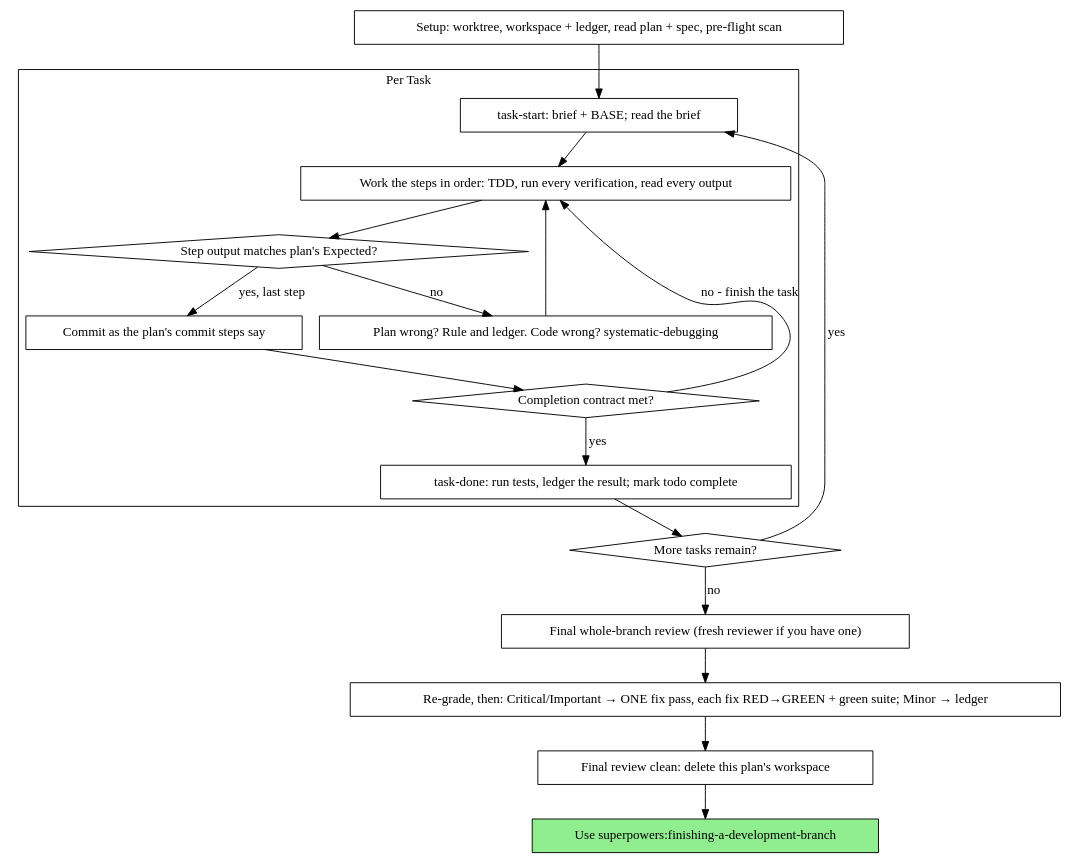
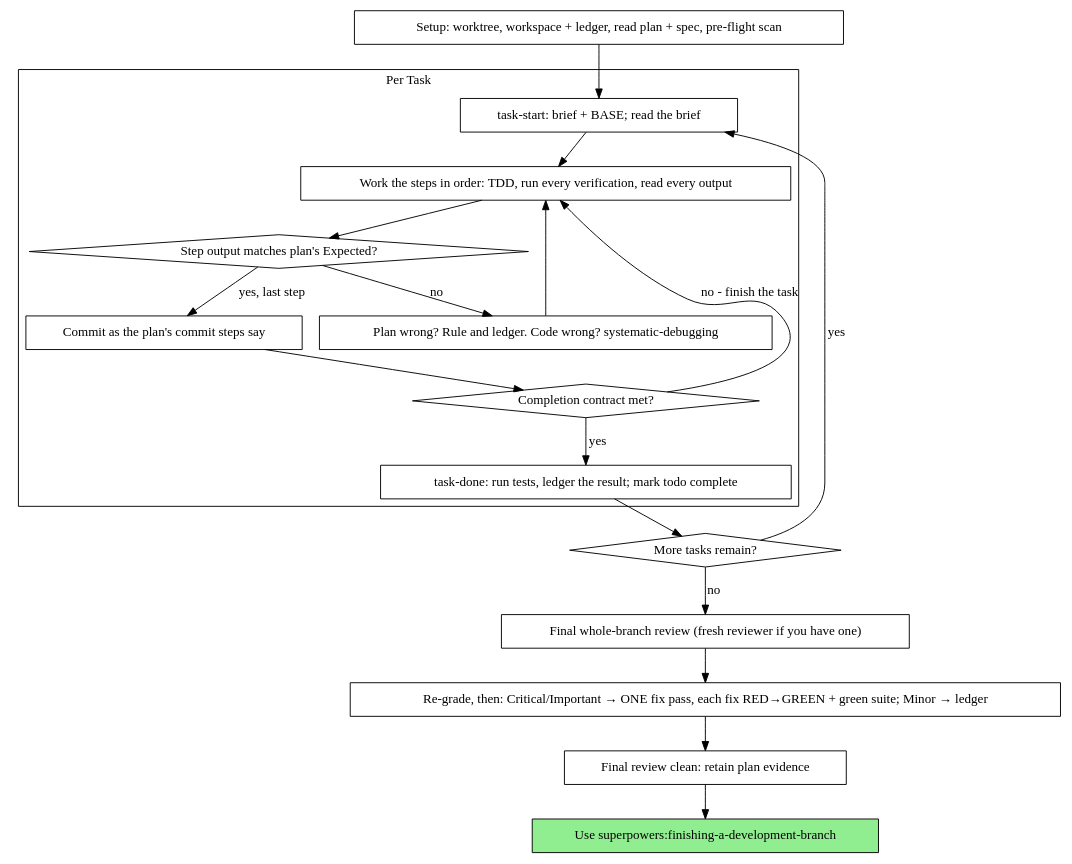
Before and after one commit to pong34811/agent-edite-davinci_resolve: the diagram in .agents/skills/superpowers-executing-plans/SKILL.md, drawn with Graphviz. The commit also changed other lines of this file and 24 other files, not shown here.

````diff
--- a/.agents/skills/superpowers-executing-plans/SKILL.md
+++ b/.agents/skills/superpowers-executing-plans/SKILL.md
@@ -68,39 +68,39 @@
 ```dot
 digraph process {
     rankdir=TB;
 
     subgraph cluster_per_task {
         label="Per Task";
         "task-start: brief + BASE; read the brief" [shape=box];
         "Work the steps in order: TDD, run every verification, read every output" [shape=box];
         "Step output matches plan's Expected?" [shape=diamond];
         "Plan wrong? Rule and ledger. Code wrong? systematic-debugging" [shape=box];
         "Commit as the plan's commit steps say" [shape=box];
         "Completion contract met?" [shape=diamond];
         "task-done: run tests, ledger the result; mark todo complete" [shape=box];
     }
 
     "Setup: worktree, workspace + ledger, read plan + spec, pre-flight scan" [shape=box];
     "More tasks remain?" [shape=diamond];
     "Final whole-branch review (fresh reviewer if you have one)" [shape=box];
     "Re-grade, then: Critical/Important → ONE fix pass, each fix RED→GREEN + green suite; Minor → ledger" [shape=box];
-    "Final review clean: delete this plan's workspace" [shape=box];
+    "Final review clean: retain plan evidence" [shape=box];
     "Use superpowers:finishing-a-development-branch" [shape=box style=filled fillcolor=lightgreen];
 
     "Setup: worktree, workspace + ledger, read plan + spec, pre-flight scan" -> "task-start: brief + BASE; read the brief";
     "task-start: brief + BASE; read the brief" -> "Work the steps in order: TDD, run every verification, read every output";
     "Work the steps in order: TDD, run every verification, read every output" -> "Step output matches plan's Expected?";
     "Step output matches plan's Expected?" -> "Plan wrong? Rule and ledger. Code wrong? systematic-debugging" [label="no"];
     "Plan wrong? Rule and ledger. Code wrong? systematic-debugging" -> "Work the steps in order: TDD, run every verification, read every output";
     "Step output matches plan's Expected?" -> "Commit as the plan's commit steps say" [label="yes, last step"];
     "Commit as the plan's commit steps say" -> "Completion contract met?";
     "Completion contract met?" -> "Work the steps in order: TDD, run every verification, read every output" [label="no - finish the task"];
     "Completion contract met?" -> "task-done: run tests, ledger the result; mark todo complete" [label="yes"];
     "task-done: run tests, ledger the result; mark todo complete" -> "More tasks remain?";
     "More tasks remain?" -> "task-start: brief + BASE; read the brief" [label="yes"];
     "More tasks remain?" -> "Final whole-branch review (fresh reviewer if you have one)" [label="no"];
     "Final whole-branch review (fresh reviewer if you have one)" -> "Re-grade, then: Critical/Important → ONE fix pass, each fix RED→GREEN + green suite; Minor → ledger";
-    "Re-grade, then: Critical/Important → ONE fix pass, each fix RED→GREEN + green suite; Minor → ledger" -> "Final review clean: delete this plan's workspace";
-    "Final review clean: delete this plan's workspace" -> "Use superpowers:finishing-a-development-branch";
+    "Re-grade, then: Critical/Important → ONE fix pass, each fix RED→GREEN + green suite; Minor → ledger" -> "Final review clean: retain plan evidence";
+    "Final review clean: retain plan evidence" -> "Use superpowers:finishing-a-development-branch";
 }
 ```
````
